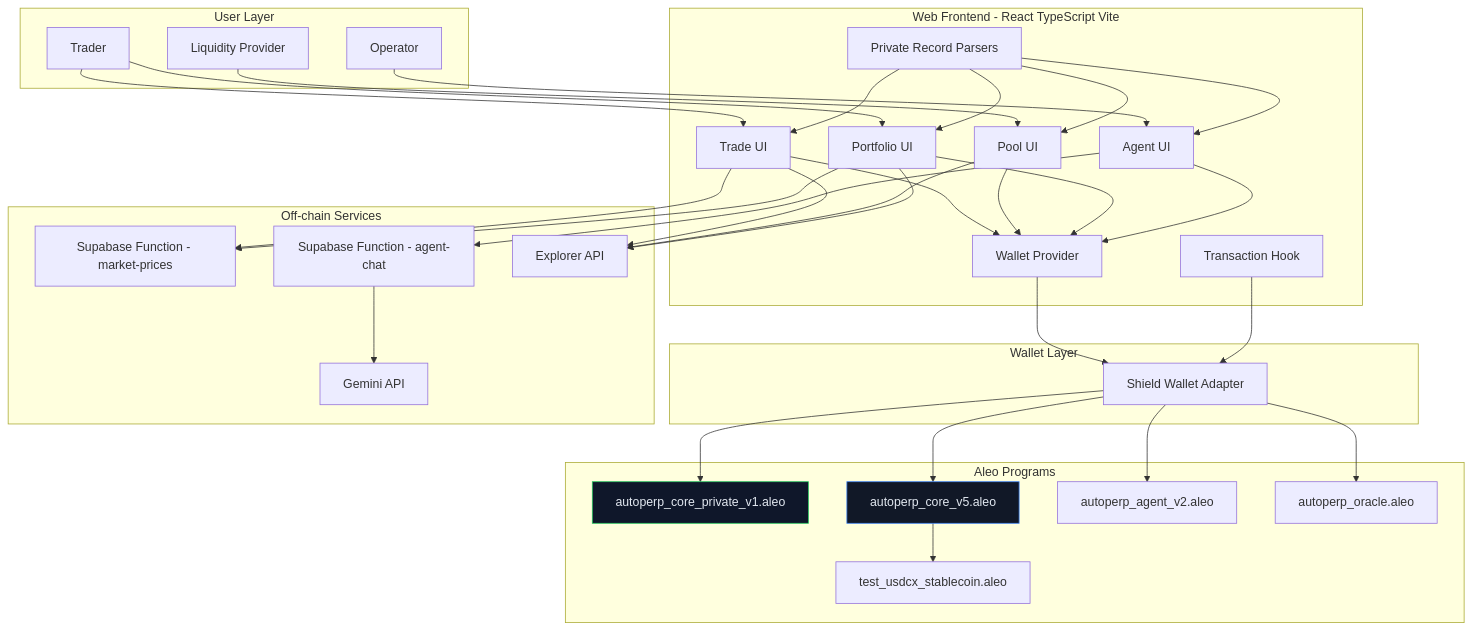
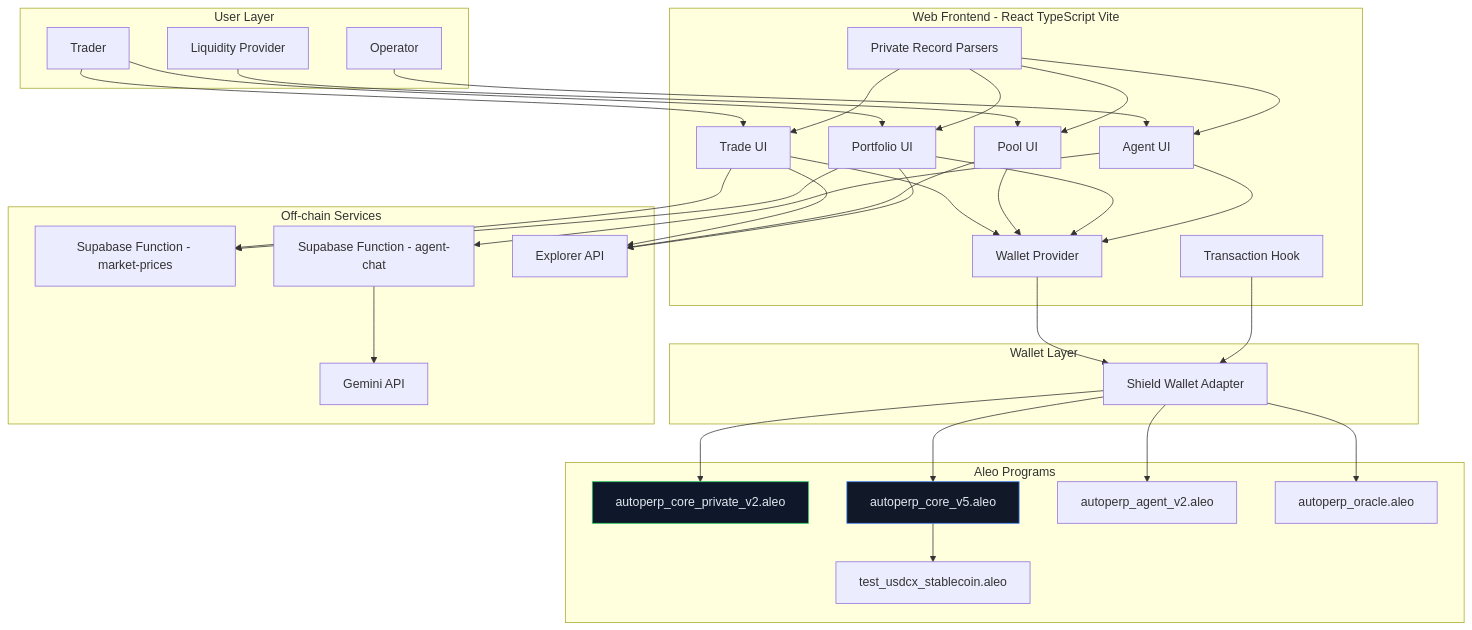
One commit to dinitheth/AutoPerp changed the diagram in README.md. Above: the diagram before and after it, drawn with Mermaid. The commit also changed other lines of this file and 15 other files, not shown here.

Commit message:
Ship private v2 flow, mode UX, and hardcoded protocol config

````diff
--- a/README.md
+++ b/README.md
@@ -77,76 +92,76 @@
 ```mermaid
 flowchart TB
     subgraph UserLayer[User Layer]
         U1[Trader]
         U2[Liquidity Provider]
         U3[Operator]
     end
 
     subgraph Frontend[Web Frontend - React TypeScript Vite]
         F1[Trade UI]
         F2[Pool UI]
         F3[Portfolio UI]
         F4[Agent UI]
         F5[Wallet Provider]
         F6[Transaction Hook]
         F7[Private Record Parsers]
     end
 
     subgraph Wallet[Wallet Layer]
         W1[Shield Wallet Adapter]
     end
 
     subgraph Chain[Aleo Programs]
-        C1[autoperp_core_private_v1.aleo]
+        C1[autoperp_core_private_v2.aleo]
         C2[autoperp_core_v5.aleo]
         C3[autoperp_agent_v2.aleo]
         C4[autoperp_oracle.aleo]
         C5[test_usdcx_stablecoin.aleo]
     end
 
     subgraph DataServices[Off-chain Services]
         S1[Supabase Function - market-prices]
         S2[Supabase Function - agent-chat]
         S3[Gemini API]
         S4[Explorer API]
     end
 
     U1 --> F1
     U1 --> F3
     U2 --> F2
     U3 --> F4
 
     F1 --> F5
     F2 --> F5
     F3 --> F5
     F4 --> F5
 
     F5 --> W1
     F6 --> W1
     F7 --> F1
     F7 --> F2
     F7 --> F3
     F7 --> F4
 
     W1 --> C1
     W1 --> C2
     W1 --> C3
     W1 --> C4
 
     C2 --> C5
 
     F4 --> S2
     S2 --> S3
 
     F1 --> S1
     F3 --> S1
 
     F1 --> S4
     F2 --> S4
     F3 --> S4
 
     classDef private fill:#0f172a,stroke:#22c55e,stroke-width:1px,color:#e2e8f0
     classDef hybrid fill:#111827,stroke:#3b82f6,stroke-width:1px,color:#e2e8f0
     class C1 private
     class C2 hybrid
 ```
````
